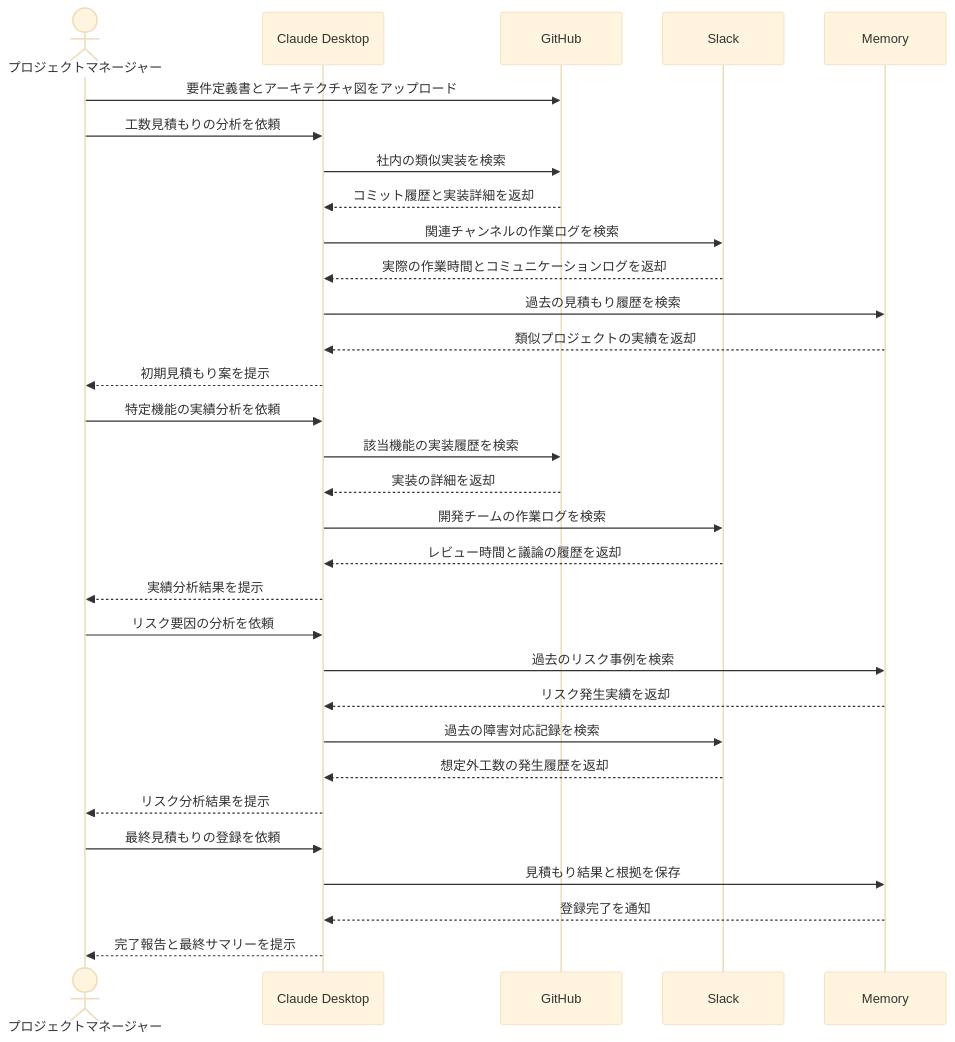
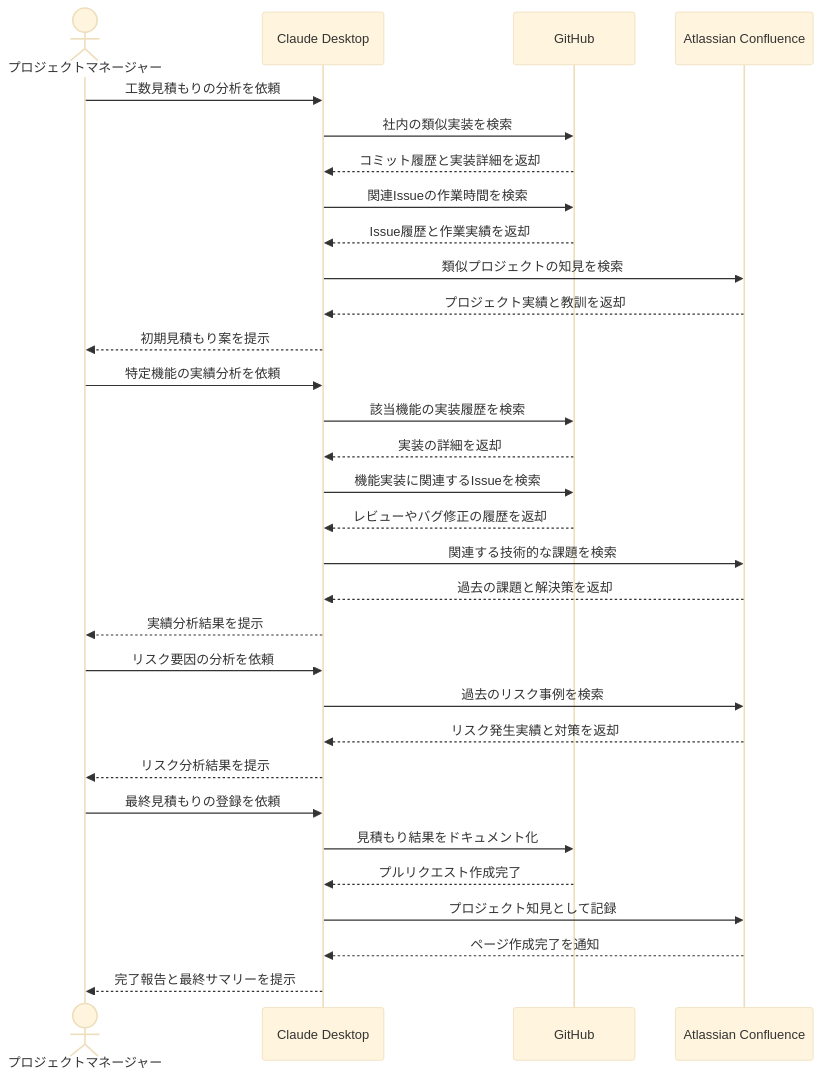
The diagram in docs/03_プロジェクト/プロジェクト工数見積もりを高精度化する.md (po-shu/mcp-100-ideas), drawn with Mermaid (base theme) before and after one commit. The commit also changed other lines of this file and 5 other files, not shown here.

````diff
--- a/docs/03_プロジェクト/プロジェクト工数見積もりを高精度化する.md
+++ b/docs/03_プロジェクト/プロジェクト工数見積もりを高精度化する.md
@@ -18,40 +17,40 @@
 ```mermaid
 sequenceDiagram
     actor PM as プロジェクトマネージャー
     participant Claude as Claude Desktop
     participant GH as GitHub
-    participant Slack
-    participant Memory
-
-    PM->>GH: 要件定義書とアーキテクチャ図をアップロード
+    participant ATL as Atlassian Confluence
+    
     PM->>Claude: 工数見積もりの分析を依頼
     
     Claude->>GH: 社内の類似実装を検索
     GH-->>Claude: コミット履歴と実装詳細を返却
+    Claude->>GH: 関連Issueの作業時間を検索
+    GH-->>Claude: Issue履歴と作業実績を返却
     
-    Claude->>Slack: 関連チャンネルの作業ログを検索
-    Slack-->>Claude: 実際の作業時間とコミュニケーションログを返却
+    Claude->>ATL: 類似プロジェクトの知見を検索
+    ATL-->>Claude: プロジェクト実績と教訓を返却
     
-    Claude->>Memory: 過去の見積もり履歴を検索
-    Memory-->>Claude: 類似プロジェクトの実績を返却
     Claude-->>PM: 初期見積もり案を提示
     
     PM->>Claude: 特定機能の実績分析を依頼
     Claude->>GH: 該当機能の実装履歴を検索
     GH-->>Claude: 実装の詳細を返却
-    Claude->>Slack: 開発チームの作業ログを検索
-    Slack-->>Claude: レビュー時間と議論の履歴を返却
+    Claude->>GH: 機能実装に関連するIssueを検索
+    GH-->>Claude: レビューやバグ修正の履歴を返却
+    Claude->>ATL: 関連する技術的な課題を検索
+    ATL-->>Claude: 過去の課題と解決策を返却
     Claude-->>PM: 実績分析結果を提示
     
     PM->>Claude: リスク要因の分析を依頼
-    Claude->>Memory: 過去のリスク事例を検索
-    Memory-->>Claude: リスク発生実績を返却
-    Claude->>Slack: 過去の障害対応記録を検索
-    Slack-->>Claude: 想定外工数の発生履歴を返却
+    Claude->>ATL: 過去のリスク事例を検索
+    ATL-->>Claude: リスク発生実績と対策を返却
     Claude-->>PM: リスク分析結果を提示
     
     PM->>Claude: 最終見積もりの登録を依頼
-    Claude->>Memory: 見積もり結果と根拠を保存
-    Memory-->>Claude: 登録完了を通知
+    Claude->>GH: 見積もり結果をドキュメント化
+    GH-->>Claude: プルリクエスト作成完了
+    Claude->>ATL: プロジェクト知見として記録
+    ATL-->>Claude: ページ作成完了を通知
     Claude-->>PM: 完了報告と最終サマリーを提示
 ```
````
